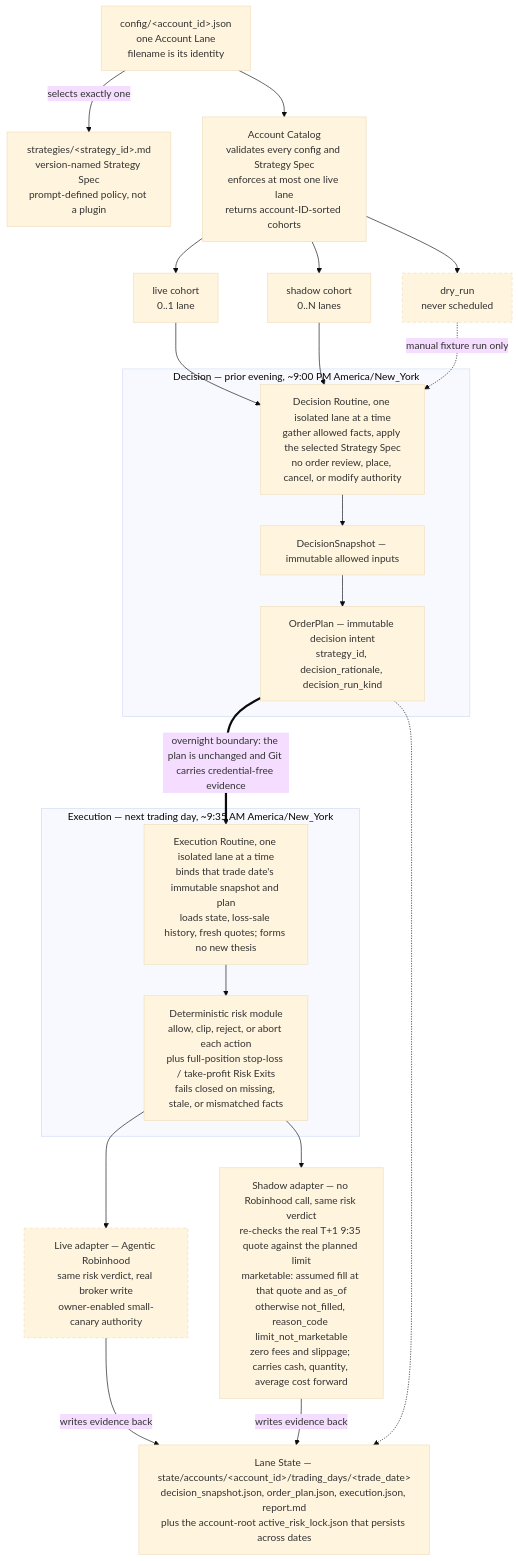
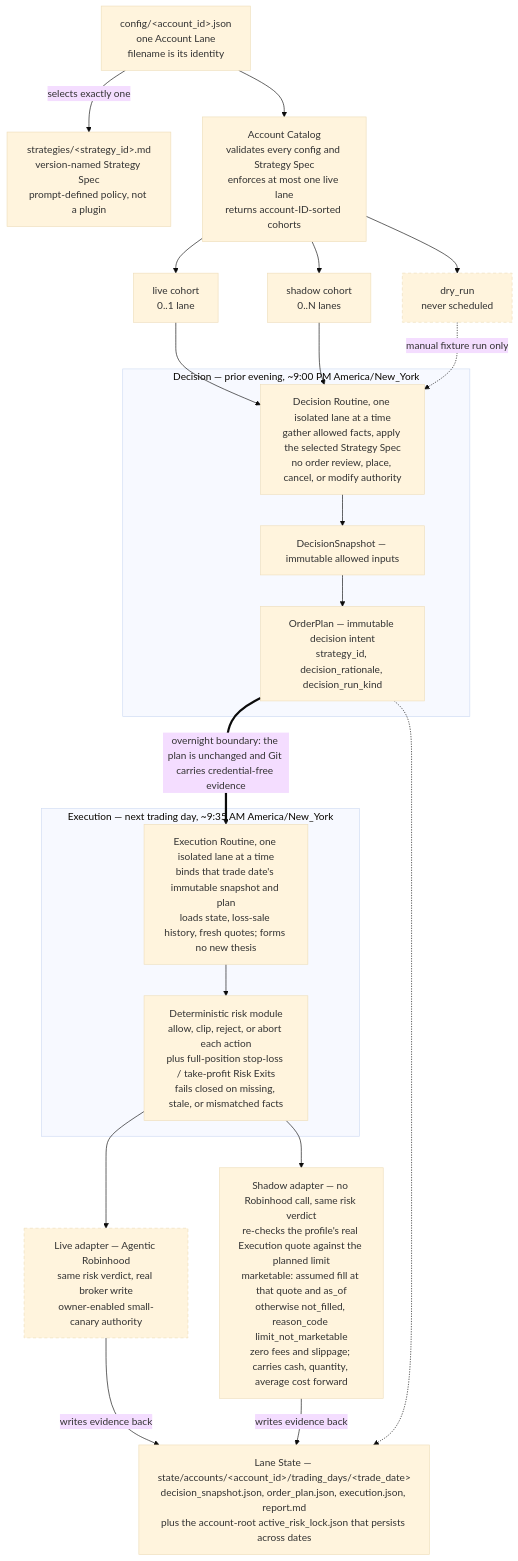
One commit to Alicia1529/ripple-agentic-trading changed the diagram in docs/ARCHITECTURE.md. Above: the diagram before and after it, drawn with Mermaid (base theme). The commit also changed other lines of this file and 17 other files, not shown here.

Commit message:
Execution: implement cycle-profile seam

````diff
--- a/docs/ARCHITECTURE.md
+++ b/docs/ARCHITECTURE.md
@@ -9,43 +9,43 @@
 ```mermaid
 flowchart TD
     CFG["config/&lt;account_id&gt;.json<br/>one Account Lane<br/>filename is its identity"]
     SPEC["strategies/&lt;strategy_id&gt;.md<br/>version-named Strategy Spec<br/>prompt-defined policy, not a plugin"]
     CAT["Account Catalog<br/>validates every config and Strategy Spec<br/>enforces at most one live lane<br/>returns account-ID-sorted cohorts"]
 
     CFG -->|"selects exactly one"| SPEC
     CFG --> CAT
 
     CAT --> LIVE["live cohort<br/>0..1 lane"]
     CAT --> SHDW["shadow cohort<br/>0..N lanes"]
     CAT --> DRY["dry_run<br/>never scheduled"]
 
     subgraph DEC_G["Decision — prior evening, ~9:00 PM America/New_York"]
         DEC["Decision Routine, one isolated lane at a time<br/>gather allowed facts, apply the selected Strategy Spec<br/>no order review, place, cancel, or modify authority"]
         SNAP["DecisionSnapshot — immutable allowed inputs"]
         PLAN["OrderPlan — immutable decision intent<br/>strategy_id, decision_rationale, decision_run_kind"]
         DEC --> SNAP --> PLAN
     end
 
     LIVE --> DEC
     SHDW --> DEC
     DRY -.->|"manual fixture run only"| DEC
 
     PLAN ==>|"overnight boundary: the plan is unchanged and Git carries credential-free evidence"| EXE
 
     subgraph EXE_G["Execution — next trading day, ~9:35 AM America/New_York"]
         EXE["Execution Routine, one isolated lane at a time<br/>binds that trade date's immutable snapshot and plan<br/>loads state, loss-sale history, fresh quotes; forms no new thesis"]
         RISK["Deterministic risk module<br/>allow, clip, reject, or abort each action<br/>plus full-position stop-loss / take-profit Risk Exits<br/>fails closed on missing, stale, or mismatched facts"]
         EXE --> RISK
     end
 
     RISK --> LADP["Live adapter — Agentic Robinhood<br/>same risk verdict, real broker write<br/>owner-enabled small-canary authority"]
-    RISK --> SADP["Shadow adapter — no Robinhood call, same risk verdict<br/>re-checks the real T+1 9:35 quote against the planned limit<br/>marketable: assumed fill at that quote and as_of<br/>otherwise not_filled, reason_code limit_not_marketable<br/>zero fees and slippage; carries cash, quantity, average cost forward"]
+    RISK --> SADP["Shadow adapter — no Robinhood call, same risk verdict<br/>re-checks the profile's real Execution quote against the planned limit<br/>marketable: assumed fill at that quote and as_of<br/>otherwise not_filled, reason_code limit_not_marketable<br/>zero fees and slippage; carries cash, quantity, average cost forward"]
 
     LADP -->|"writes evidence back"| ST
     SADP -->|"writes evidence back"| ST
     PLAN -.-> ST
     ST["Lane State — state/accounts/&lt;account_id&gt;/trading_days/&lt;trade_date&gt;<br/>decision_snapshot.json, order_plan.json, execution.json, report.md<br/>plus the account-root active_risk_lock.json that persists across dates"]
 
     classDef gated stroke-dasharray: 5 4;
     class LADP,DRY gated;
 ```
````
